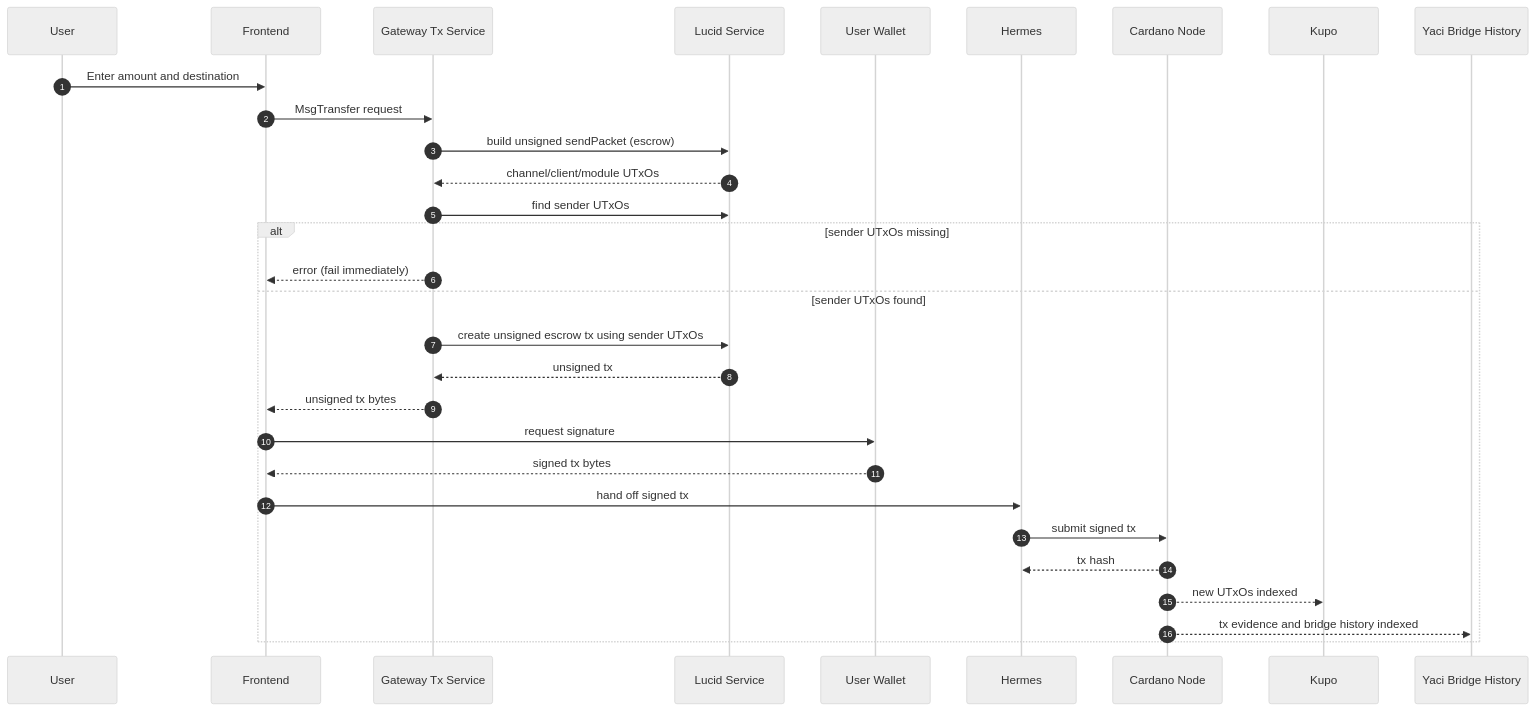
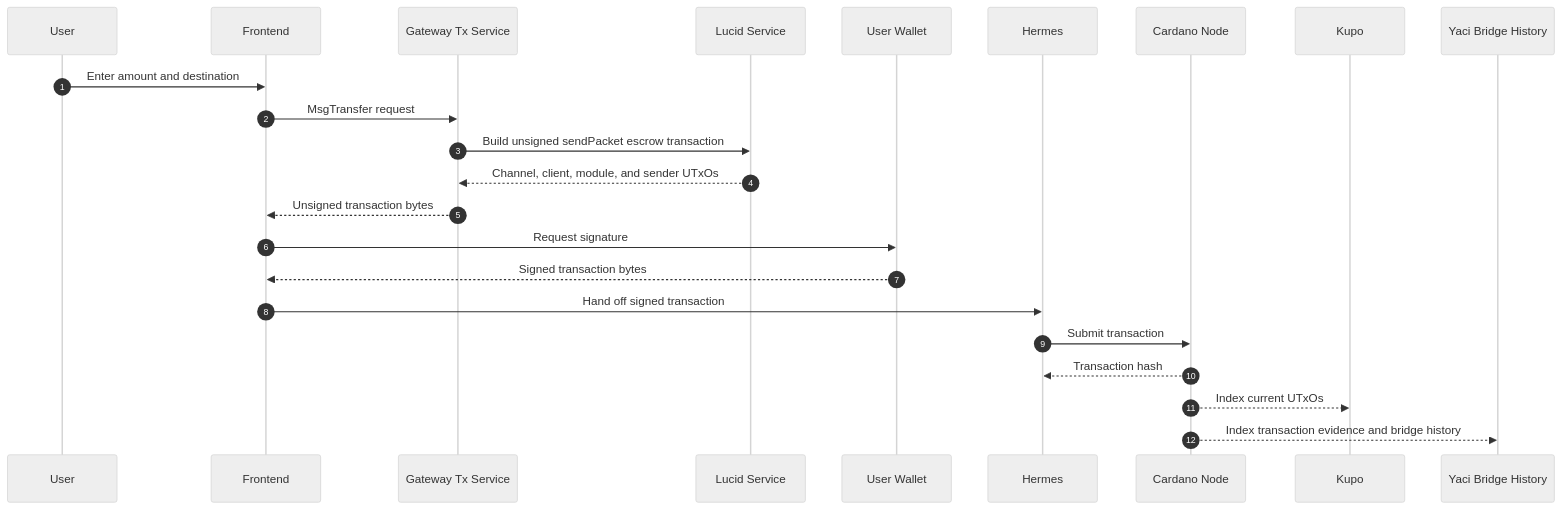
One commit to cardano-foundation/cardano-ibc-incubator changed the diagram in cardano/gateway/README.md. Above: the diagram before and after it, drawn with Mermaid (neutral theme). The commit also changed other lines of this file and 31 other files, not shown here.

````diff
--- a/cardano/gateway/README.md
+++ b/cardano/gateway/README.md
@@ -53,33 +52,26 @@
 ```mermaid
 sequenceDiagram
   autonumber
   participant U as User
   participant F as Frontend
   participant T as Gateway Tx Service
   participant L as Lucid Service
   participant W as User Wallet
   participant H as Hermes
   participant N as Cardano Node
   participant K as Kupo
   participant Y as Yaci Bridge History
 
   U->>F: Enter amount and destination
   F->>T: MsgTransfer request
-  T->>L: build unsigned sendPacket (escrow)
-  L-->>T: channel/client/module UTxOs
-  T->>L: find sender UTxOs
-  alt sender UTxOs missing
-    T-->>F: error (fail immediately)
-  else sender UTxOs found
-    T->>L: create unsigned escrow tx using sender UTxOs
-    L-->>T: unsigned tx
-    T-->>F: unsigned tx bytes
-    F->>W: request signature
-    W-->>F: signed tx bytes
-    F->>H: hand off signed tx
-    H->>N: submit signed tx
-    N-->>H: tx hash
-    N-->>K: new UTxOs indexed
-    N-->>Y: tx evidence and bridge history indexed
-  end
+  T->>L: Build unsigned sendPacket escrow transaction
+  L-->>T: Channel, client, module, and sender UTxOs
+  T-->>F: Unsigned transaction bytes
+  F->>W: Request signature
+  W-->>F: Signed transaction bytes
+  F->>H: Hand off signed transaction
+  H->>N: Submit transaction
+  N-->>H: Transaction hash
+  N-->>K: Index current UTxOs
+  N-->>Y: Index transaction evidence and bridge history
 ```
````
